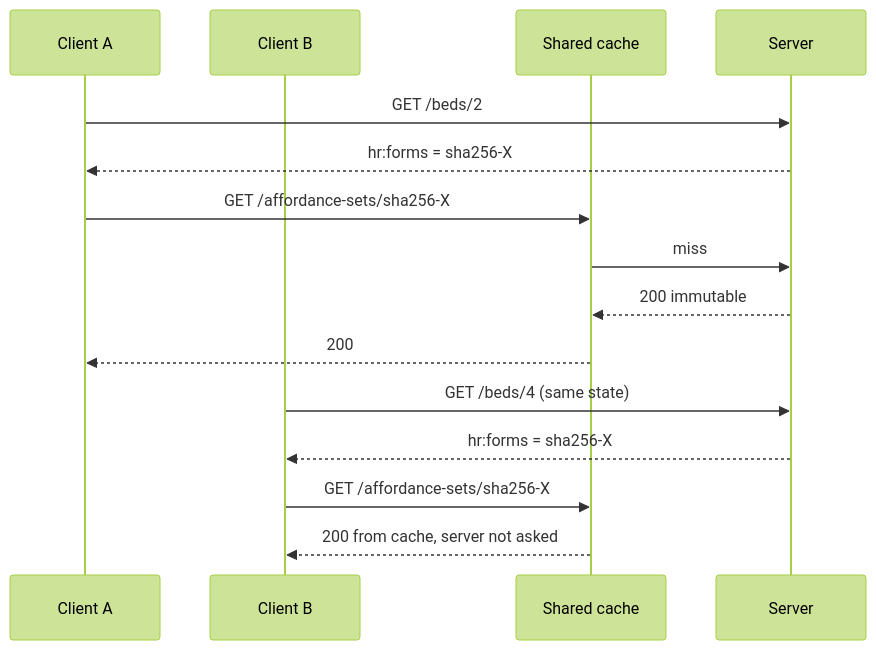
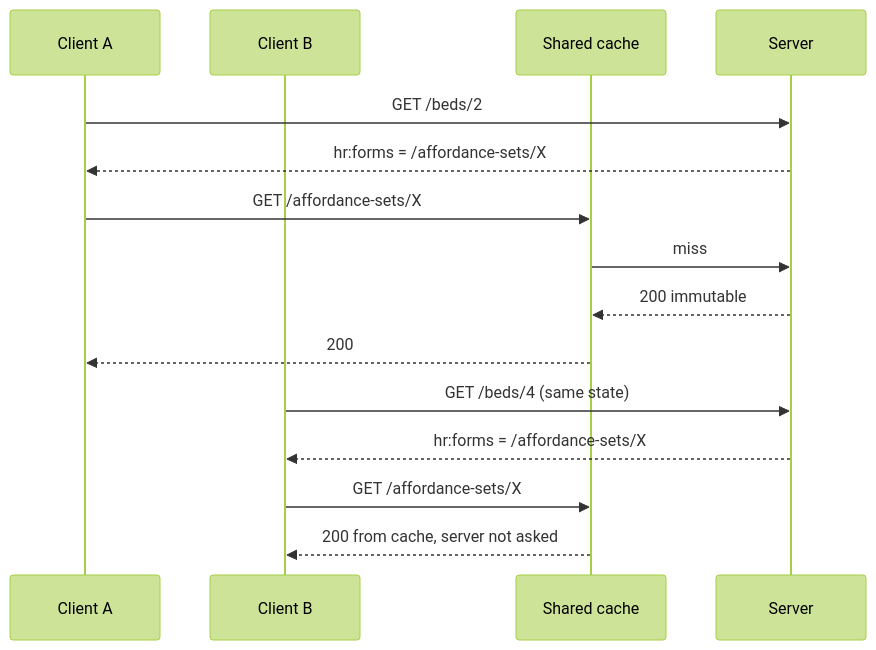
Before and after one commit to JogoShugh/heart-rise-artie: the seventh of 12 diagrams in heart/ARCHITECTURE.md, drawn with Mermaid (forest theme). The commit also changed other lines of this file and 16 other files, not shown here.

````diff
--- a/heart/ARCHITECTURE.md
+++ b/heart/ARCHITECTURE.md
@@ -188,17 +188,17 @@
 ```mermaid
 sequenceDiagram
   participant A as Client A
   participant B as Client B
   participant K as Shared cache
   participant S as Server
   A->>S: GET /beds/2
-  S-->>A: hr:forms = sha256-X
-  A->>K: GET /affordance-sets/sha256-X
+  S-->>A: hr:forms = /affordance-sets/X
+  A->>K: GET /affordance-sets/X
   K->>S: miss
   S-->>K: 200 immutable
   K-->>A: 200
   B->>S: GET /beds/4 (same state)
-  S-->>B: hr:forms = sha256-X
-  B->>K: GET /affordance-sets/sha256-X
+  S-->>B: hr:forms = /affordance-sets/X
+  B->>K: GET /affordance-sets/X
   K-->>B: 200 from cache, server not asked
 ```
````
